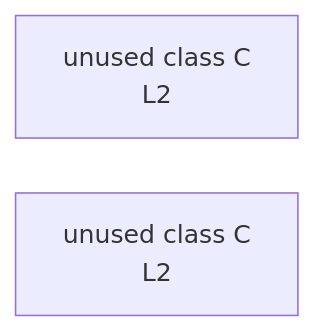
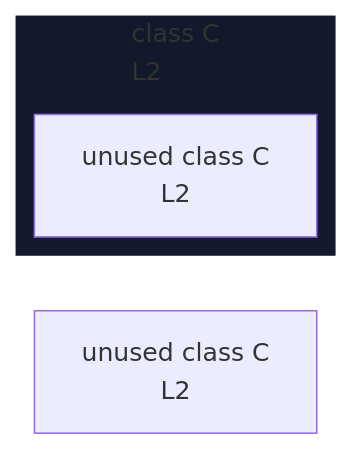
Before and after one commit to crescware/unsnarl: the diagram in integration/fixtures/app-behavior/ast-type-coverage/ts-class-implements/preview.md, drawn with Mermaid. The commit also changed 103 other files, not shown here.

````diff
--- a/integration/fixtures/app-behavior/ast-type-coverage/ts-class-implements/preview.md
+++ b/integration/fixtures/app-behavior/ast-type-coverage/ts-class-implements/preview.md
@@ -12,6 +12,11 @@
 ```mermaid
 %%{init: {"flowchart": {"defaultRenderer": "elk"}}}%%
 flowchart RL
   n_scope_0_C_21["unused class C<br/>L2"]
-  n_scope_1_C_21["unused class C<br/>L2"]
+  subgraph s_scope_1["class C<br/>L2"]
+    direction RL
+    n_scope_1_C_21["unused class C<br/>L2"]
+  end
+  classDef nestL1 fill:#11192a,stroke:transparent;
+  class s_scope_1 nestL1;
 ```
````
